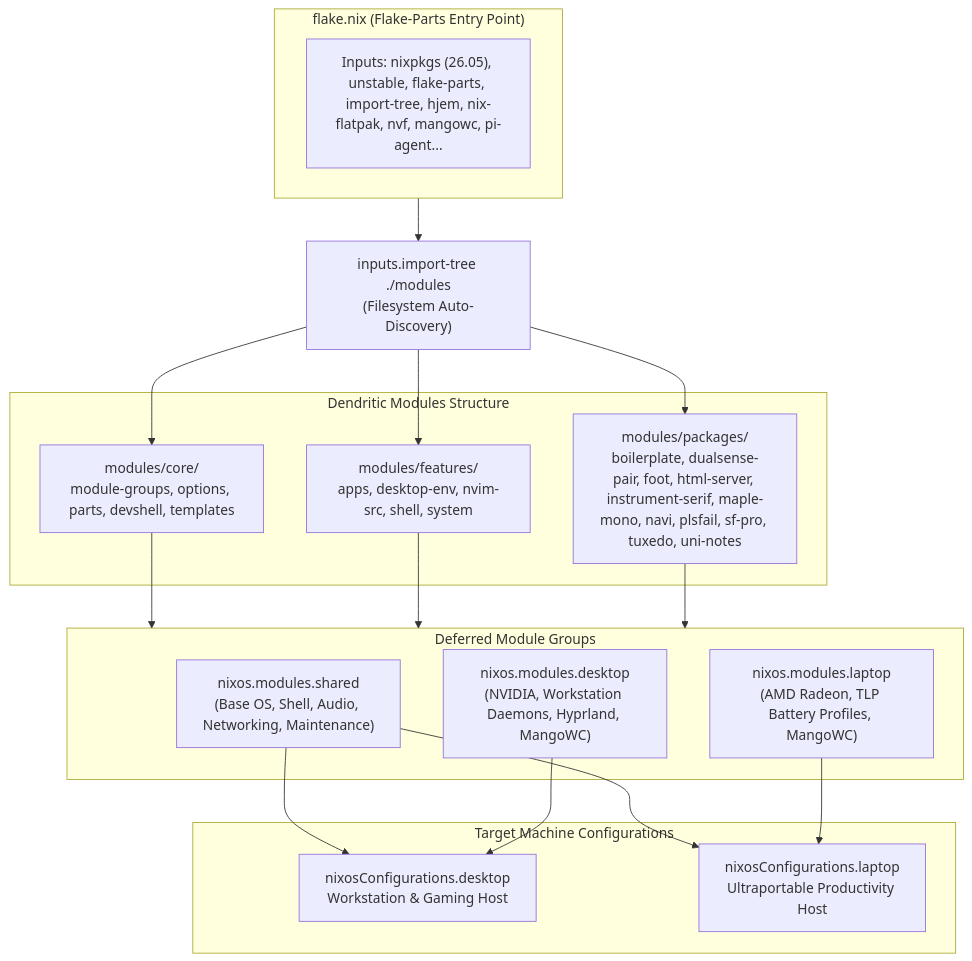
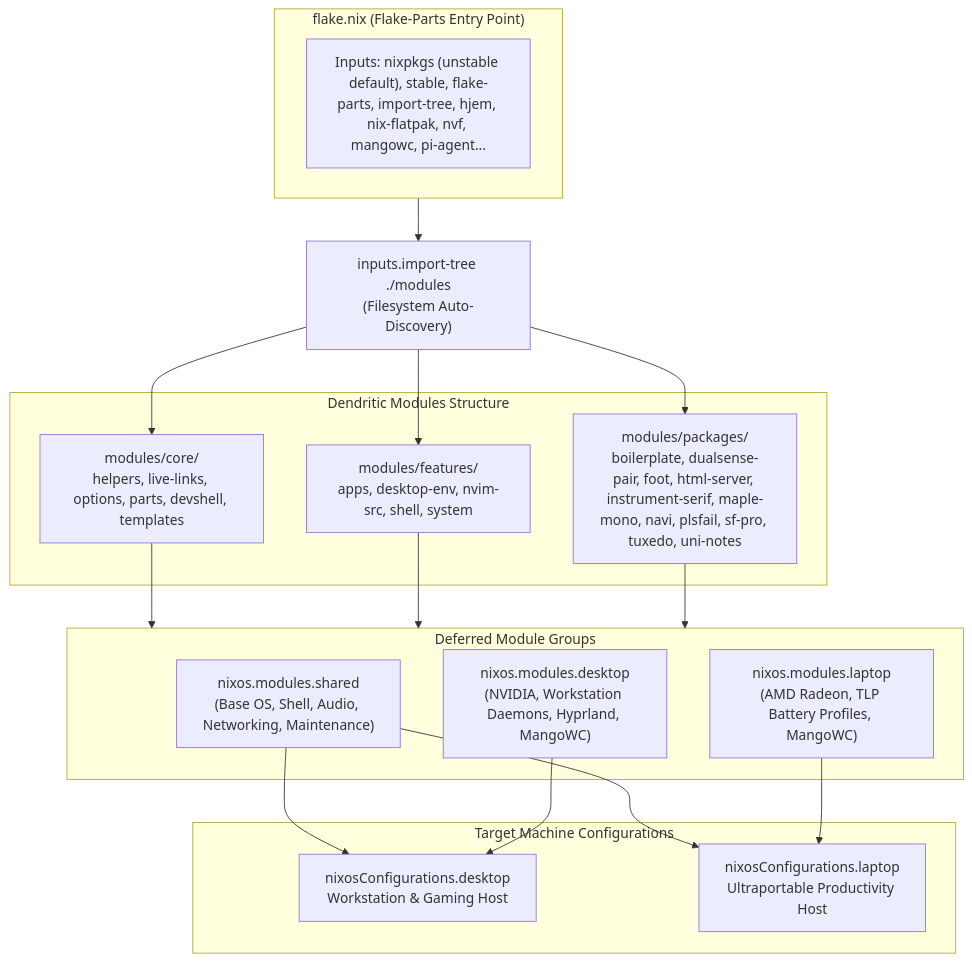
Before and after one commit to Ssnibles/NixConfig: the diagram in README.md, drawn with Mermaid. The commit also changed other lines of this file and 3 other files, not shown here.

Commit message:
docs: refresh the README, diagram generator, and tool guides

````diff
--- a/README.md
+++ b/README.md
@@ -87,45 +87,45 @@
 ```mermaid
 flowchart TD
     subgraph Flake["flake.nix (Flake-Parts Entry Point)"]
-        Inputs["Inputs: nixpkgs (26.05), unstable, flake-parts, import-tree, hjem, nix-flatpak, nvf, mangowc, pi-agent..."]
+        Inputs["Inputs: nixpkgs (unstable default), stable, flake-parts, import-tree, hjem, nix-flatpak, nvf, mangowc, pi-agent..."]
     end
 
     Tree["inputs.import-tree ./modules<br/>(Filesystem Auto-Discovery)"]
     Flake --> Tree
 
     subgraph Modules["Dendritic Modules Structure"]
-        Core["modules/core/<br/>module-groups, options, parts, devshell, templates"]
+        Core["modules/core/<br/>helpers, live-links, options, parts, devshell, templates"]
         Features["modules/features/<br/>apps, desktop-env, nvim-src, shell, system"]
         Packages["modules/packages/<br/>boilerplate, dualsense-pair, foot, html-server, instrument-serif, maple-mono, navi, plsfail, sf-pro, tuxedo, uni-notes"]
     end
 
     Tree --> Core
     Tree --> Features
     Tree --> Packages
 
     subgraph Composition["Deferred Module Groups"]
         Shared["nixos.modules.shared<br/>(Base OS, Shell, Audio, Networking, Maintenance)"]
         DesktopGroup["nixos.modules.desktop<br/>(NVIDIA, Workstation Daemons, Hyprland, MangoWC)"]
         LaptopGroup["nixos.modules.laptop<br/>(AMD Radeon, TLP Battery Profiles, MangoWC)"]
     end
 
     Core --> Composition
     Features --> Composition
     Packages --> Composition
 
     subgraph Hosts["Target Machine Configurations"]
         DesktopHost["nixosConfigurations.desktop<br/>Workstation & Gaming Host"]
         LaptopHost["nixosConfigurations.laptop<br/>Ultraportable Productivity Host"]
     end
 
     Shared --> DesktopHost
     DesktopGroup --> DesktopHost
     Shared --> LaptopHost
     LaptopGroup --> LaptopHost
 
     click Core href "modules/core" "Open core modules"
     click Features href "modules/features" "Open features modules"
     click Packages href "modules/packages" "Open custom packages"
     click DesktopHost href "modules/hosts/desktop" "Open desktop host configuration"
     click LaptopHost href "modules/hosts/laptop" "Open laptop host configuration"
 ```
````
